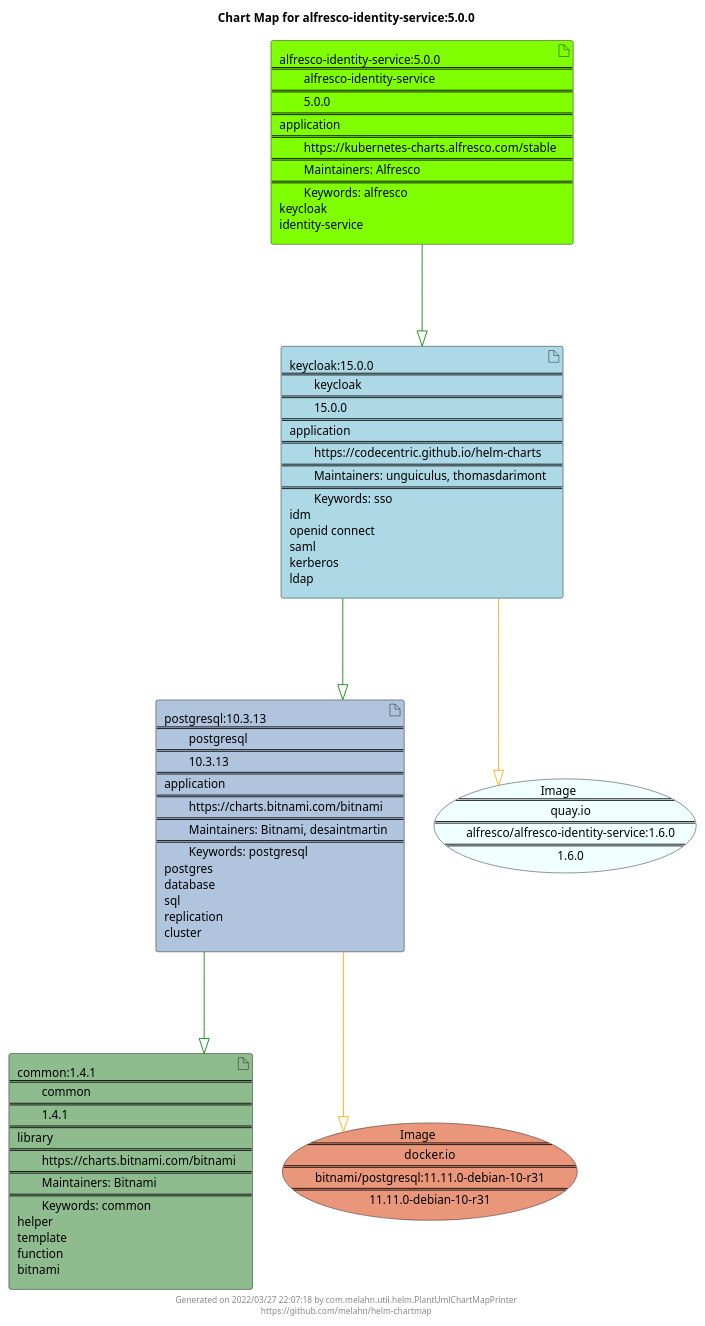
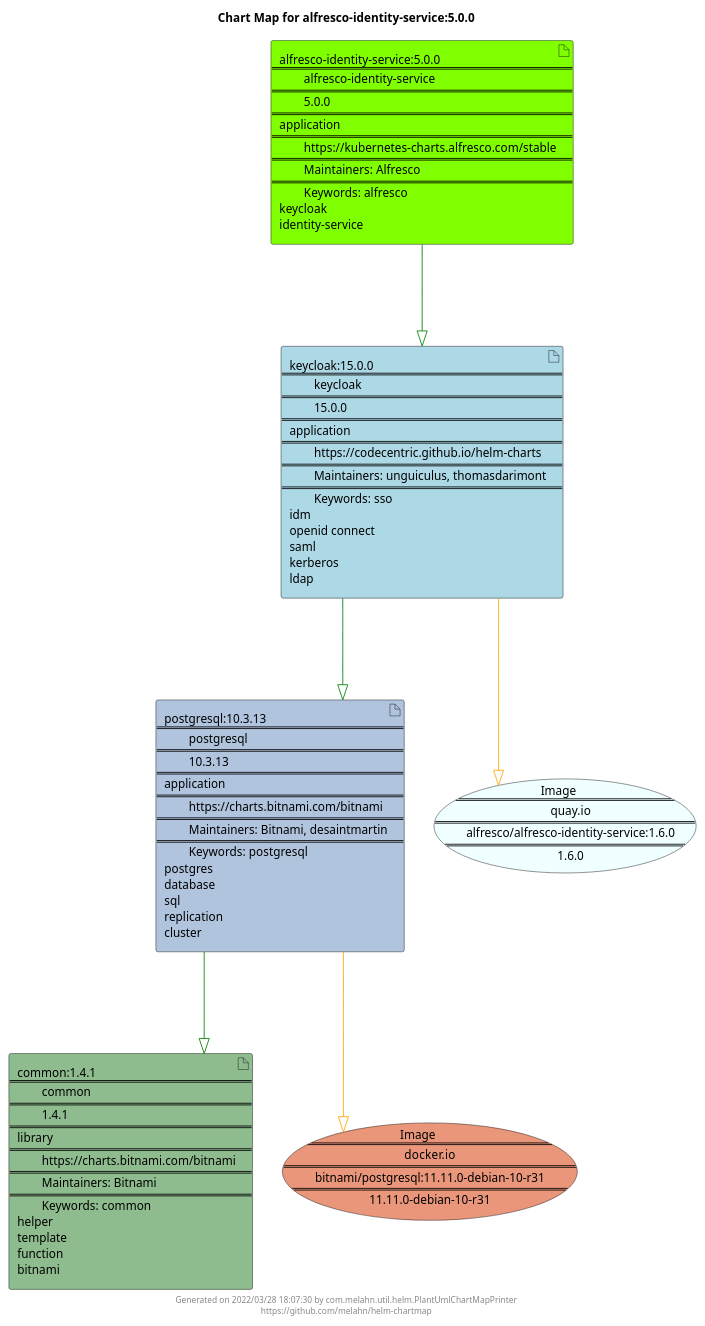
The diagram in docs/alfresco-identity-service/alfresco-identity-service-5.0.0.puml (melahn/helm-chartmap), drawn with PlantUML before and after one commit. The commit also changed 55 other files, not shown here.

Commit message:
Update Example Chart Maps as part of GitHub build

```diff
--- a/docs/alfresco-identity-service/alfresco-identity-service-5.0.0.puml
+++ b/docs/alfresco-identity-service/alfresco-identity-service-5.0.0.puml
@@ -1,29 +1,29 @@
 @startuml
 skinparam linetype ortho
 skinparam backgroundColor white
 skinparam usecaseBorderColor black
 skinparam usecaseArrowColor LightSlateGray
 skinparam artifactBorderColor black
 skinparam artifactArrowColor LightSlateGray
 
 title Chart Map for alfresco-identity-service:5.0.0
 
 'There are 4 referenced Helm Charts
 artifact "common:1.4.1\n====\n\tcommon\n====\n\t1.4.1\n====\nlibrary\n====\n\thttps://charts.bitnami.com/bitnami\n====\n\tMaintainers: Bitnami\n====\n\tKeywords: common\nhelper\ntemplate\nfunction\nbitnami" as common_1_4_1 #DarkSeaGreen
 artifact "alfresco-identity-service:5.0.0\n====\n\talfresco-identity-service\n====\n\t5.0.0\n====\napplication\n====\n\thttps://kubernetes-charts.alfresco.com/stable\n====\n\tMaintainers: Alfresco\n====\n\tKeywords: alfresco\nkeycloak\nidentity-service" as alfresco_identity_service_5_0_0 #Chartreuse
 artifact "postgresql:10.3.13\n====\n\tpostgresql\n====\n\t10.3.13\n====\napplication\n====\n\thttps://charts.bitnami.com/bitnami\n====\n\tMaintainers: Bitnami, desaintmartin\n====\n\tKeywords: postgresql\npostgres\ndatabase\nsql\nreplication\ncluster" as postgresql_10_3_13 #LightSteelBlue
 artifact "keycloak:15.0.0\n====\n\tkeycloak\n====\n\t15.0.0\n====\napplication\n====\n\thttps://codecentric.github.io/helm-charts\n====\n\tMaintainers: unguiculus, thomasdarimont\n====\n\tKeywords: sso\nidm\nopenid connect\nsaml\nkerberos\nldap" as keycloak_15_0_0 #LightBlue
 
 'There are 2 referenced Docker Images
 usecase "Image\n====\n\tquay.io\n====\n\talfresco/alfresco-identity-service:1.6.0\n====\n\t1.6.0" as quay_io_alfresco_alfresco_identity_service_1_6_0 #Azure
 usecase "Image\n====\n\tdocker.io\n====\n\tbitnami/postgresql:11.11.0-debian-10-r31\n====\n\t11.11.0-debian-10-r31" as docker_io_bitnami_postgresql_11_11_0_debian_10_r31 #DarkSalmon
 
 'Chart Dependencies
 alfresco_identity_service_5_0_0--[#green]-|>keycloak_15_0_0
 keycloak_15_0_0--[#green]-|>postgresql_10_3_13
 postgresql_10_3_13--[#green]-|>common_1_4_1
 postgresql_10_3_13--[#orange]-|>docker_io_bitnami_postgresql_11_11_0_debian_10_r31
 keycloak_15_0_0--[#orange]-|>quay_io_alfresco_alfresco_identity_service_1_6_0
 
-center footer Generated on 2022/03/27 22:07:18 by com.melahn.util.helm.PlantUmlChartMapPrinter\nhttps://github.com/melahn/helm-chartmap
+center footer Generated on 2022/03/28 18:07:30 by com.melahn.util.helm.PlantUmlChartMapPrinter\nhttps://github.com/melahn/helm-chartmap
 @enduml
```
